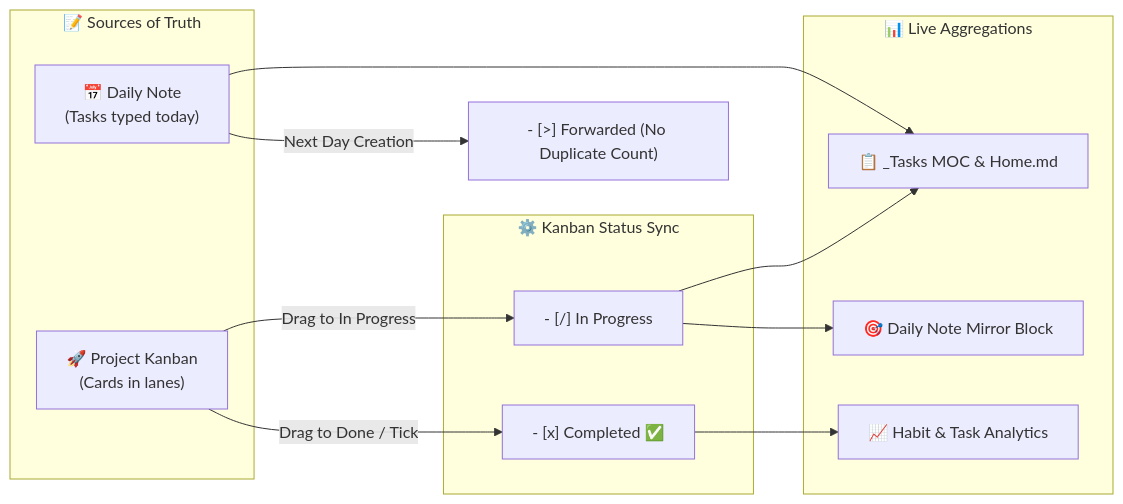
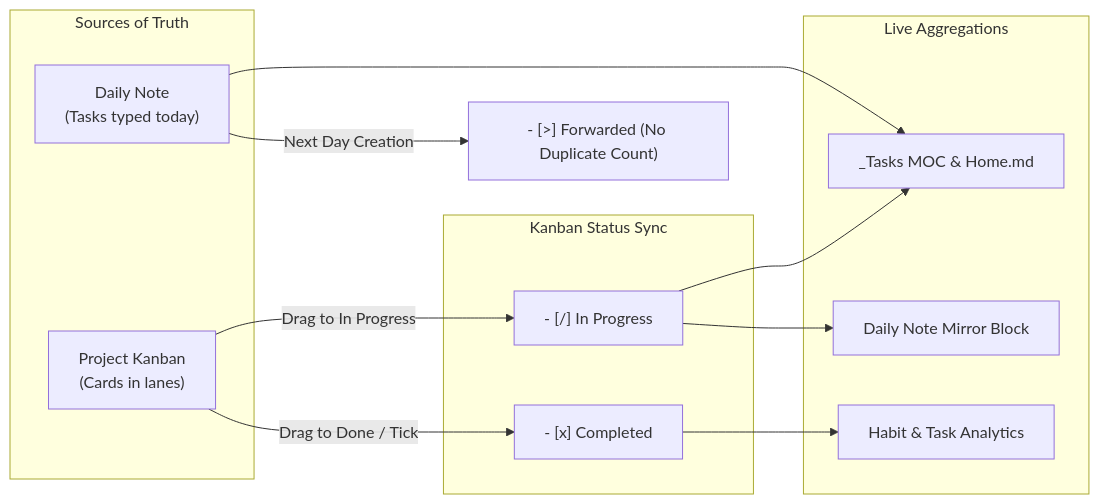
Before and after one commit to lowqualityloey/loey_space: the third of 3 diagrams in 06-Resources/Guides/Second Brain Guide.md, drawn with Mermaid. The commit also changed other lines of this file and 14 other files, not shown here.

````diff
--- a/06-Resources/Guides/Second Brain Guide.md
+++ b/06-Resources/Guides/Second Brain Guide.md
@@ -207,20 +209,20 @@
 ```mermaid
 flowchart LR
-    subgraph Sources["📝 Sources of Truth"]
-        D["📅 Daily Note<br/>(Tasks typed today)"]
-        K["🚀 Project Kanban<br/>(Cards in lanes)"]
+    subgraph Sources["Sources of Truth"]
+        D["Daily Note<br/>(Tasks typed today)"]
+        K["Project Kanban<br/>(Cards in lanes)"]
     end
 
-    subgraph Engine["⚙️ Kanban Status Sync"]
+    subgraph Engine["Kanban Status Sync"]
         K -->|Drag to In Progress| IP["- [/] In Progress"]
-        K -->|Drag to Done / Tick| DN["- [x] Completed ✅"]
+        K -->|Drag to Done / Tick| DN["- [x] Completed"]
     end
 
-    subgraph Views["📊 Live Aggregations"]
-        D & IP --> MOC["📋 _Tasks MOC & Home.md"]
-        IP --> Mirror["🎯 Daily Note Mirror Block"]
-        DN --> Analytics["📈 Habit & Task Analytics"]
+    subgraph Views["Live Aggregations"]
+        D & IP --> MOC["_Tasks MOC & Home.md"]
+        IP --> Mirror["Daily Note Mirror Block"]
+        DN --> Analytics["Habit & Task Analytics"]
     end
 
     D -->|Next Day Creation| Fwd["- [>] Forwarded (No Duplicate Count)"]
 ```
````
